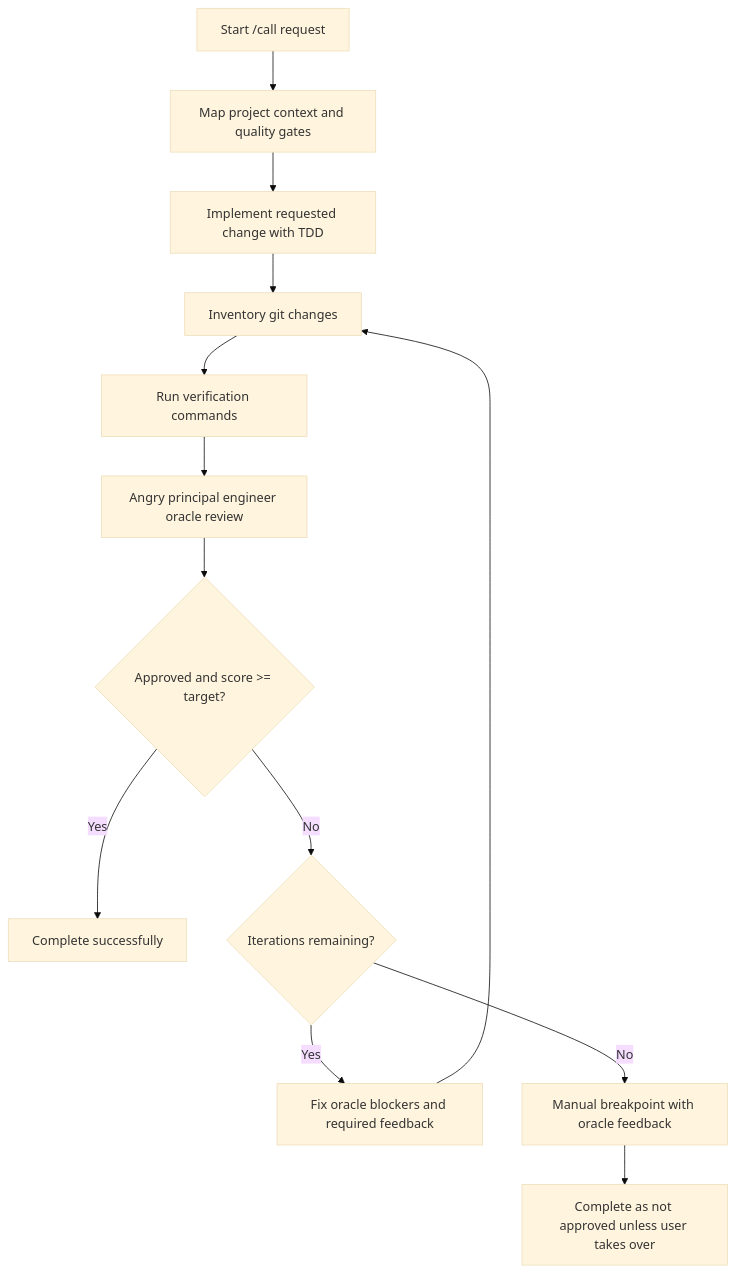
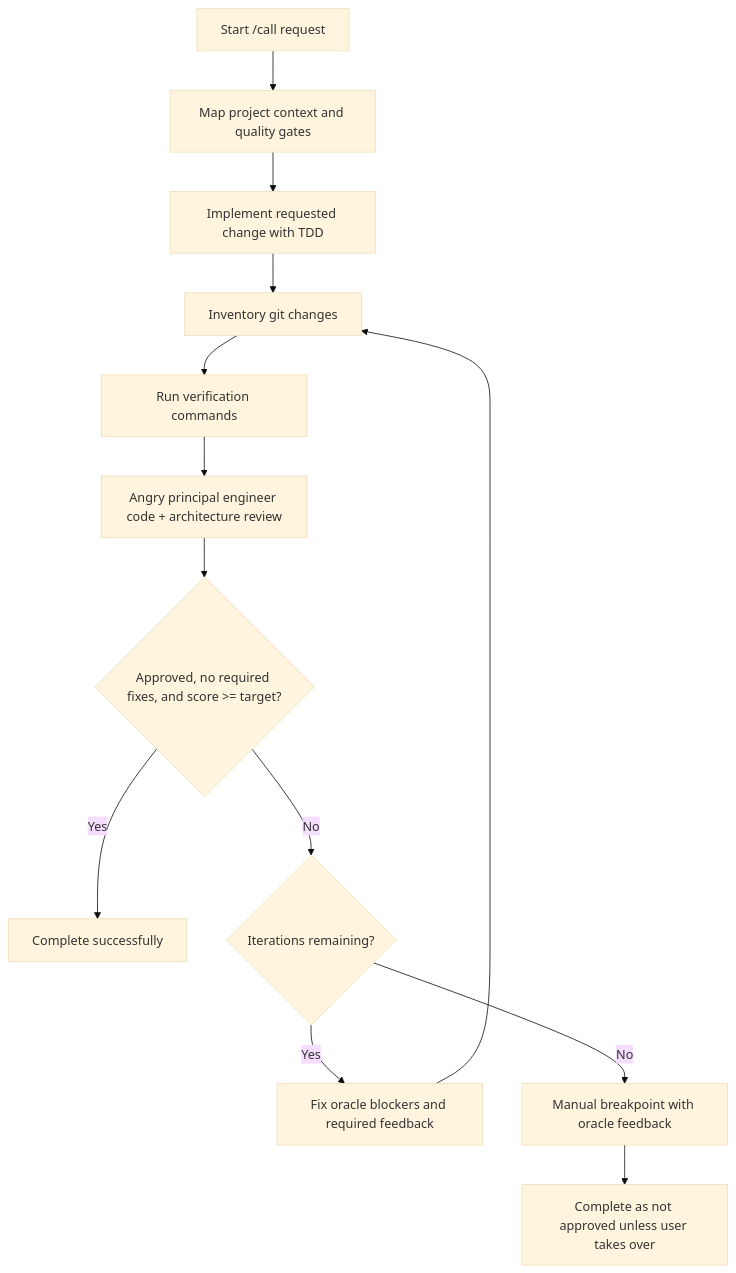
One commit to koenvg/openforge changed the diagram in .a5c/processes/angry-oracle-code-change.mermaid.md. Above: the diagram before and after it, drawn with Mermaid (base theme). The commit also changed 3 other files, not shown here.

Commit message:
Add Babysitter architectural review gate

````diff
--- a/.a5c/processes/angry-oracle-code-change.mermaid.md
+++ b/.a5c/processes/angry-oracle-code-change.mermaid.md
@@ -3,15 +3,15 @@
 ```mermaid
 flowchart TD
     A[Start /call request] --> B[Map project context and quality gates]
     B --> C[Implement requested change with TDD]
     C --> D[Inventory git changes]
     D --> E[Run verification commands]
-    E --> F[Angry principal engineer oracle review]
-    F --> G{Approved and score >= target?}
+    E --> F[Angry principal engineer code + architecture review]
+    F --> G{Approved, no required fixes, and score >= target?}
     G -- Yes --> H[Complete successfully]
     G -- No --> I{Iterations remaining?}
     I -- Yes --> J[Fix oracle blockers and required feedback]
     J --> D
     I -- No --> K[Manual breakpoint with oracle feedback]
     K --> L[Complete as not approved unless user takes over]
 ```
````
